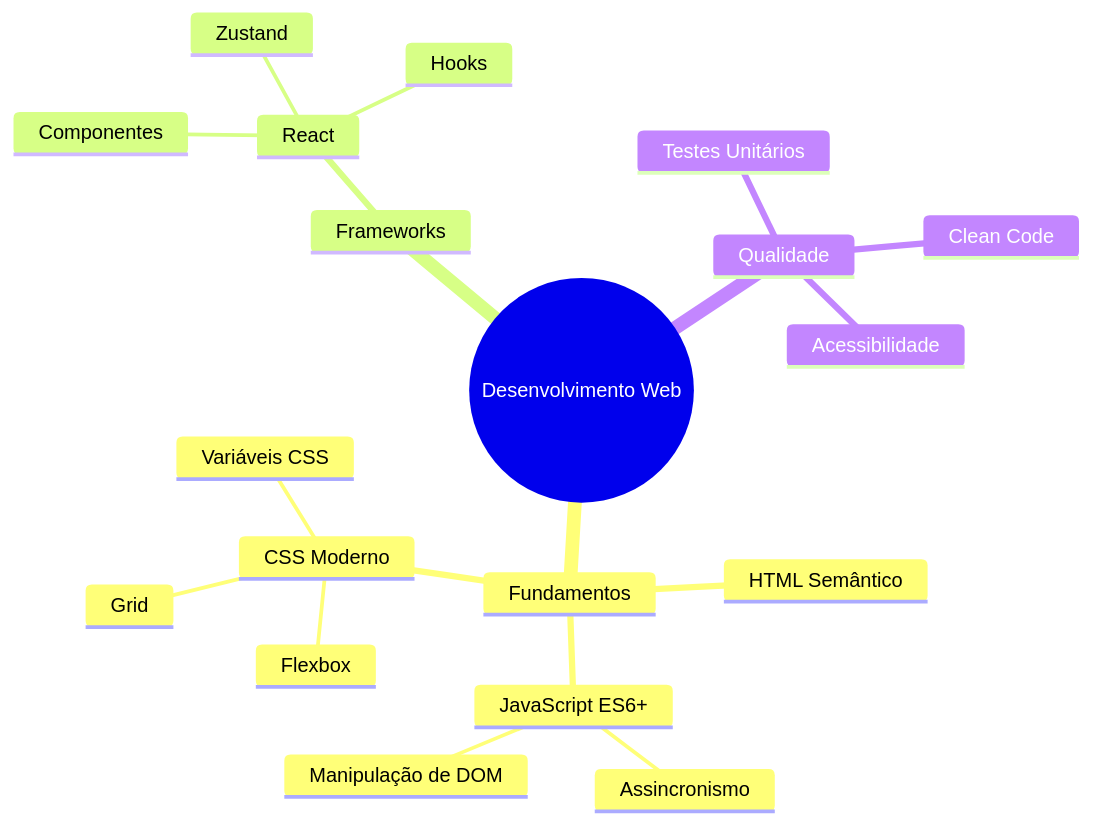
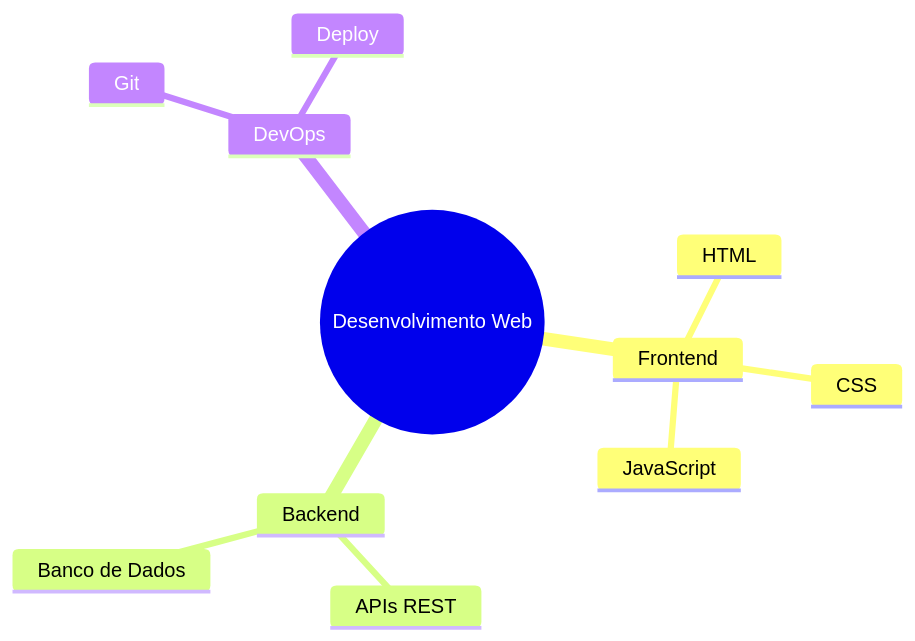
One commit to leorruas/programacao changed diagram 11 of 14 in mermaid/Sintaxe e possibilidades com Mermaid.md. Above: the diagram before and after it, drawn with Mermaid. The commit also changed other lines of this file and 4 other files, not shown here.

Commit message:
fix(mermaid): corrigir sintaxe de nós e garantir alto contraste para timeline, mindmap, quadrant e gantt

````diff
--- a/mermaid/Sintaxe e possibilidades com Mermaid.md
+++ b/mermaid/Sintaxe e possibilidades com Mermaid.md
@@ -398,22 +390,14 @@
 ```mermaid
 mindmap
   root((Desenvolvimento Web))
-    Fundamentos
-      HTML Semântico
-      CSS Moderno
-        Flexbox
-        Grid
-        Variáveis CSS
-      JavaScript ES6+
-        Assincronismo
-        Manipulação de DOM
-    Frameworks
-      React
-        Componentes
-        Hooks
-        Zustand
-    Qualidade
-      Testes Unitários
-      Clean Code
-      Acessibilidade
+    Frontend
+      HTML
+      CSS
+      JavaScript
+    Backend
+      APIs REST
+      Banco de Dados
+    DevOps
+      Git
+      Deploy
 ```
````
